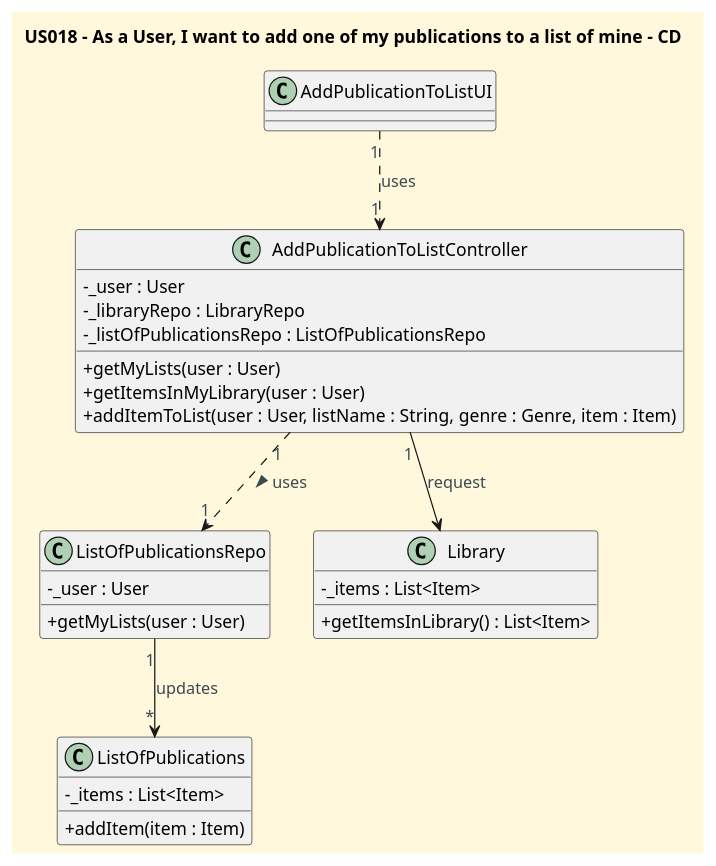
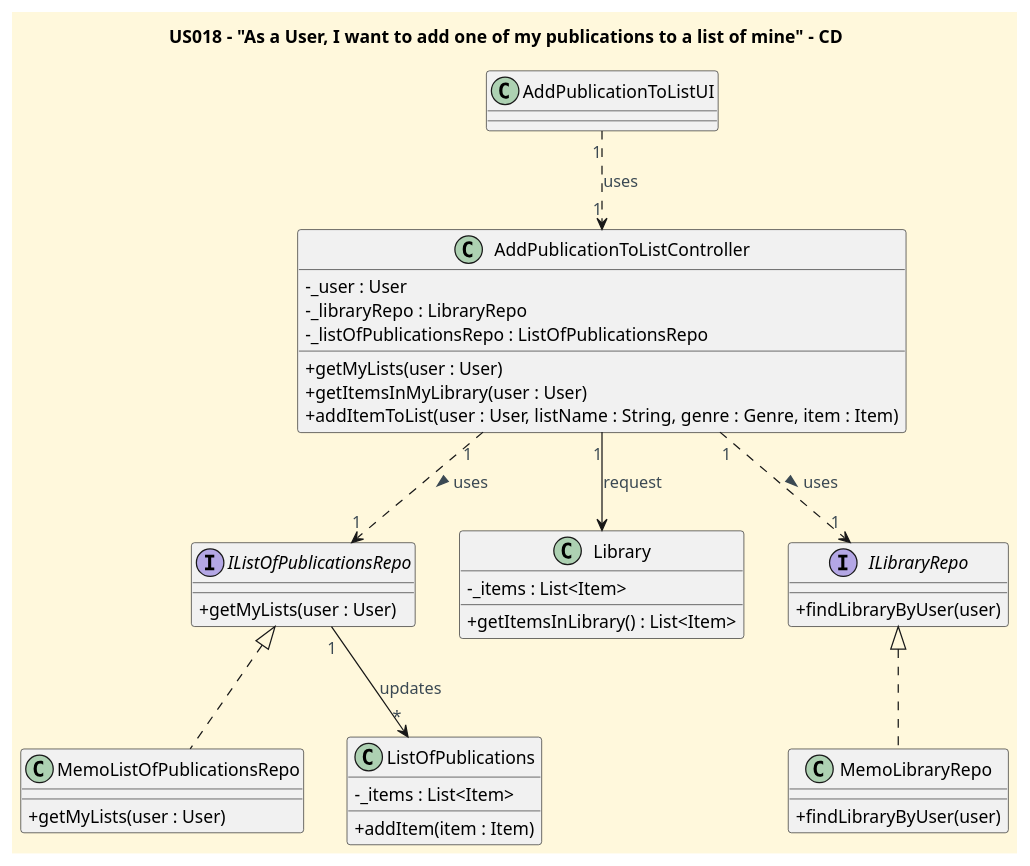
Before and after one commit to CarolinaLeite-collab/JavaMarketplacePlatform: the diagram in docs/userStories/US018/US018_add_mypublication_to_mylist_CD.puml, drawn with PlantUML. The commit also changed 2 other files, not shown here.

Commit message:
docs(US018): update SD, SSD and CD diagrams for DDD reengineering of AddPublicationToList (#363)

```diff
--- a/docs/userStories/US018/US018_add_mypublication_to_mylist_CD.puml
+++ b/docs/userStories/US018/US018_add_mypublication_to_mylist_CD.puml
@@ -1,50 +1,65 @@
 @startuml
 'https://plantuml.com/class-diagram
-title US018 - As a User, I want to add one of my publications to a list of mine - CD
+title US018 - "As a User, I want to add one of my publications to a list of mine" - CD
 
 
 '==== basic style ====
 skinparam monochrome false
 skinparam shadowing false
 skinparam defaultFontName Futura
 skinparam objectFontSize 20
 skinparam backgroundColor CornSilk
 skinparam objectBackgroundColor WhiteSmoke
 skinparam noteBackgroundColor #FFFFE0
 skinparam ArrowFontColor #3B4953
 skinparam ActivationBackgroundColor black
 skinparam classAttributeIconSize 0
 
 class AddPublicationToListUI {
 }
 
 class AddPublicationToListController {
 - _user : User
 - _libraryRepo : LibraryRepo
 - _listOfPublicationsRepo : ListOfPublicationsRepo
 + getMyLists(user : User)
 + getItemsInMyLibrary(user : User)
 + addItemToList(user : User, listName : String, genre : Genre, item : Item)
 }
 
-class ListOfPublicationsRepo {
--_user : User
+interface IListOfPublicationsRepo {
++ getMyLists(user : User)
+}
+
+class MemoListOfPublicationsRepo{
 + getMyLists(user : User)
 }
 
 class Library {
 -_items : List<Item>
 + getItemsInLibrary() : List<Item>
 }
 
 class ListOfPublications{
 - _items : List<Item>
 + addItem(item : Item)
 }
 
+interface ILibraryRepo {
++ findLibraryByUser(user)
+}
+
+class MemoLibraryRepo {
++ findLibraryByUser(user)
+}
+
+
 AddPublicationToListUI "1" ..> "1" AddPublicationToListController : uses
-AddPublicationToListController "1" ..> "1"ListOfPublicationsRepo : uses >
-ListOfPublicationsRepo "1" --> "*" ListOfPublications : updates
+AddPublicationToListController "1" ..> "1" IListOfPublicationsRepo : uses >
+AddPublicationToListController "1" ..> "1" ILibraryRepo : uses >
+IListOfPublicationsRepo "1" --> "*" ListOfPublications : updates
 AddPublicationToListController "1" --> Library : request
+IListOfPublicationsRepo <|.. MemoListOfPublicationsRepo
+ILibraryRepo <|.. MemoLibraryRepo
 
 @enduml
```
